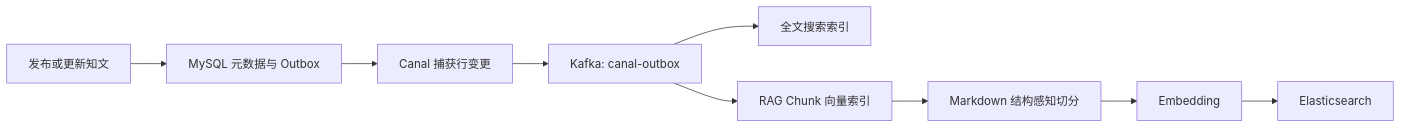
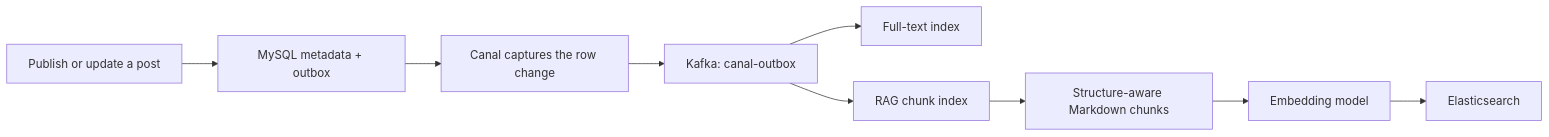
One commit to tdog54646/RuiWen changed the second of 3 diagrams in README.md. Above: the diagram before and after it, drawn with Mermaid. The commit also changed other lines of this file and 1 other file, not shown here.

Commit message:
docs(readme): 重写 README 为英文并补充架构图

````diff
--- a/README.md
+++ b/README.md
@@ -95,11 +163,11 @@
 ```mermaid
 flowchart LR
-    Publish["发布或更新知文"] --> DB["MySQL 元数据与 Outbox"]
-    DB --> Canal["Canal 捕获行变更"]
+    Publish["Publish or update a post"] --> DB["MySQL metadata + outbox"]
+    DB --> Canal["Canal captures the row change"]
     Canal --> Topic["Kafka: canal-outbox"]
-    Topic --> SearchIndex["全文搜索索引"]
-    Topic --> RagIndex["RAG Chunk 向量索引"]
-    RagIndex --> Chunk["Markdown 结构感知切分"]
-    Chunk --> Embed["Embedding"]
+    Topic --> Search["Full-text index"]
+    Topic --> RAG["RAG chunk index"]
+    RAG --> Chunk["Structure-aware Markdown chunks"]
+    Chunk --> Embed["Embedding model"]
     Embed --> ES["Elasticsearch"]
 ```
````
